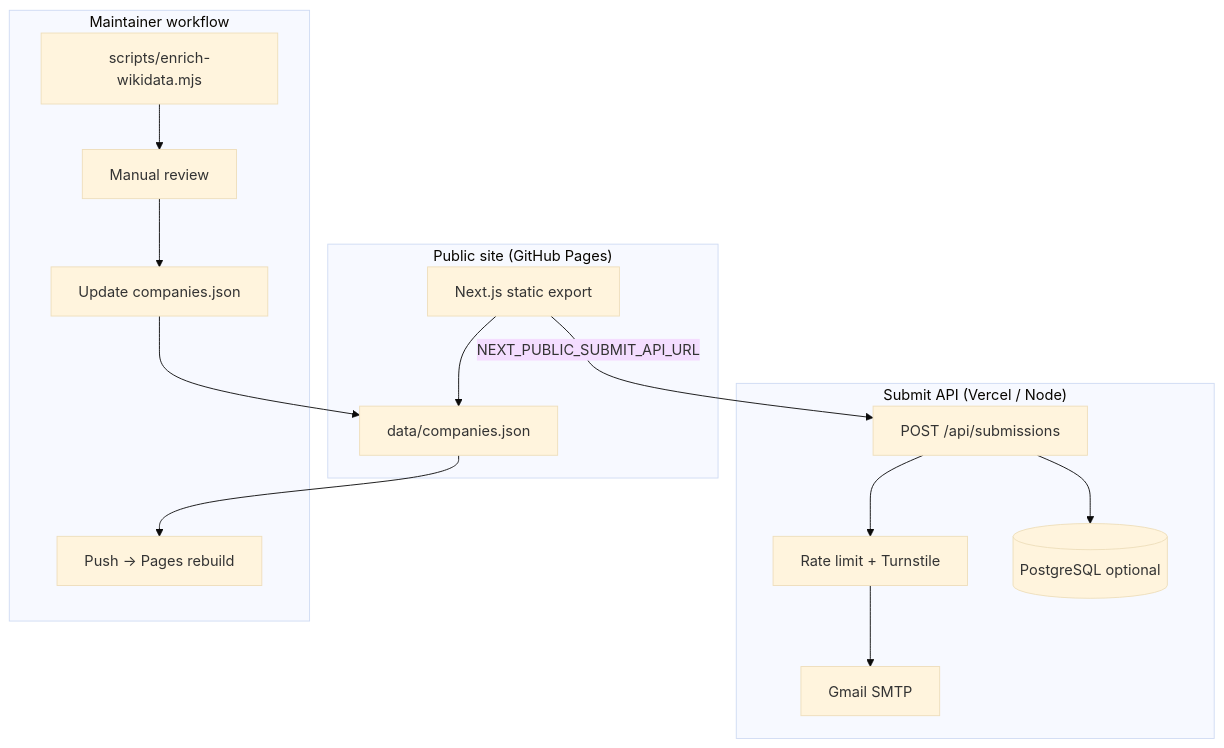
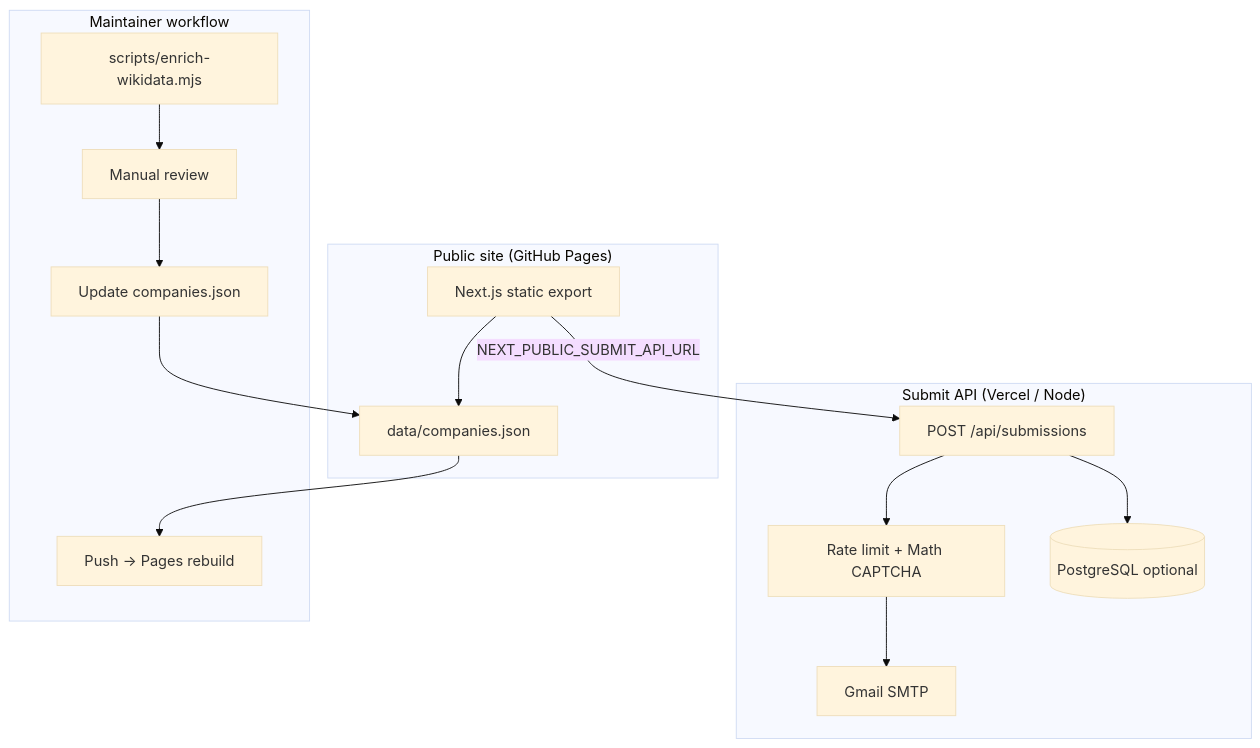
Before and after one commit to nuthanm/KnowYourCompanyType: the first of 3 diagrams in README.md, drawn with Mermaid (base theme). The commit also changed other lines of this file and 27 other files, not shown here.

First line of the commit message:
Replace Cloudflare Turnstile with math CAPTCHA and add email queue approval.

````diff
--- a/README.md
+++ b/README.md
@@ -28,27 +28,27 @@
 ```mermaid
 flowchart TB
   subgraph Public["Public site (GitHub Pages)"]
     UI["Next.js static export"]
     JSON["data/companies.json"]
   end
 
   subgraph API["Submit API (Vercel / Node)"]
     POST["POST /api/submissions"]
-    RL["Rate limit + Turnstile"]
+    RL["Rate limit + Math CAPTCHA"]
     SMTP["Gmail SMTP"]
     DB[("PostgreSQL optional")]
   end
 
   subgraph Maintain["Maintainer workflow"]
     DRAFT["scripts/enrich-wikidata.mjs"]
     REVIEW["Manual review"]
     MERGE["Update companies.json"]
     DEPLOY["Push → Pages rebuild"]
   end
 
   UI --> JSON
   UI -->|NEXT_PUBLIC_SUBMIT_API_URL| POST
   POST --> RL --> SMTP
   POST --> DB
   DRAFT --> REVIEW --> MERGE --> JSON --> DEPLOY
 ```
````
